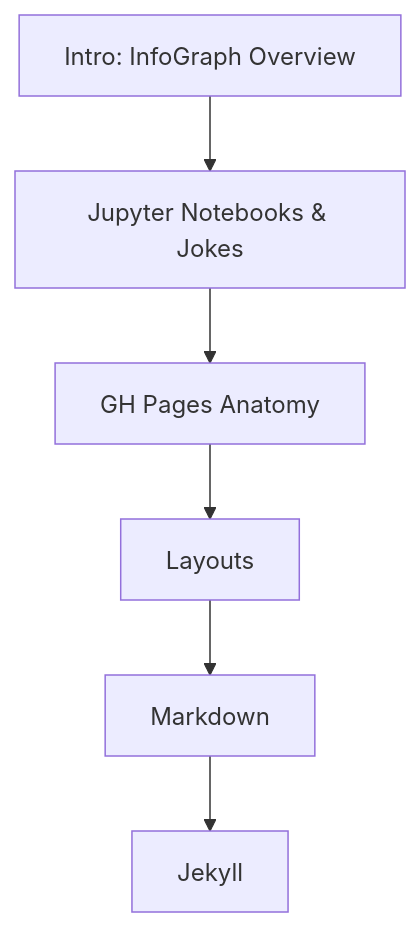
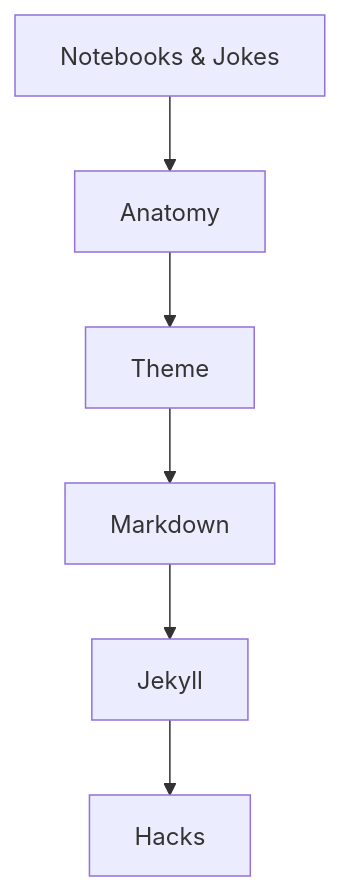
The diagram in _posts/Foundation/C-github_pages/2023-08-23-github_pages-intro.md (whitelunarium/pages_fork), drawn with Mermaid before and after one commit. The commit also changed other lines of this file and 9 other files, not shown here.

````diff
--- a/_posts/Foundation/C-github_pages/2023-08-23-github_pages-intro.md
+++ b/_posts/Foundation/C-github_pages/2023-08-23-github_pages-intro.md
@@ -15,8 +37,8 @@
 ```mermaid
 graph TD
-    A[Intro: InfoGraph Overview] --> B[Jupyter Notebooks & Jokes]
-    B --> C[GH Pages Anatomy]
-    C --> D[Layouts]
-    D --> E[Markdown]
-    E --> F[Jekyll]
+    A[Notebooks & Jokes] --> B[Anatomy]
+    B --> C[Theme]
+    C --> D[Markdown]
+    D --> E[Jekyll]
+    E --> F[Hacks]
 ```
````
